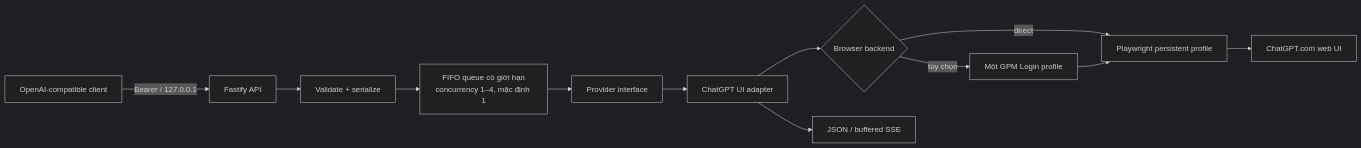
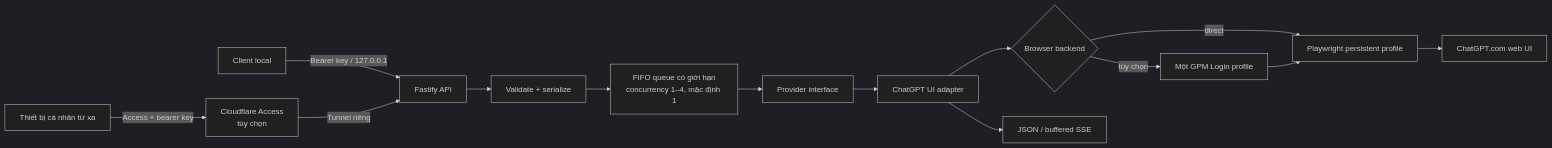
Before and after one commit to tang-vu/tab2api: the diagram in README_VI.md, drawn with Mermaid (dark theme). The commit also changed other lines of this file and 22 other files, not shown here.

Commit message:
feat: add per-key usage and protected tunnel setup

````diff
--- a/README_VI.md
+++ b/README_VI.md
@@ -9,14 +9,16 @@
 ```mermaid
 flowchart LR
-    C[OpenAI-compatible client] -->|Bearer / 127.0.0.1| A[Fastify API]
+    C[Client local] -->|Bearer key / 127.0.0.1| A[Fastify API]
+    R[Thiết bị cá nhân từ xa] -->|Access + bearer key| F[Cloudflare Access<br/>tùy chọn]
+    F -->|Tunnel riêng| A
     A --> V[Validate + serialize]
     V --> Q[FIFO queue có giới hạn<br/>concurrency 1–4, mặc định 1]
     Q --> P[Provider interface]
     P --> G[ChatGPT UI adapter]
     G --> B{Browser backend}
     B -->|direct| U[Playwright persistent profile]
     B -->|tùy chọn| X[Một GPM Login profile]
     X --> U
     U --> W[ChatGPT.com web UI]
     G --> M[JSON / buffered SSE]
 ```
````
